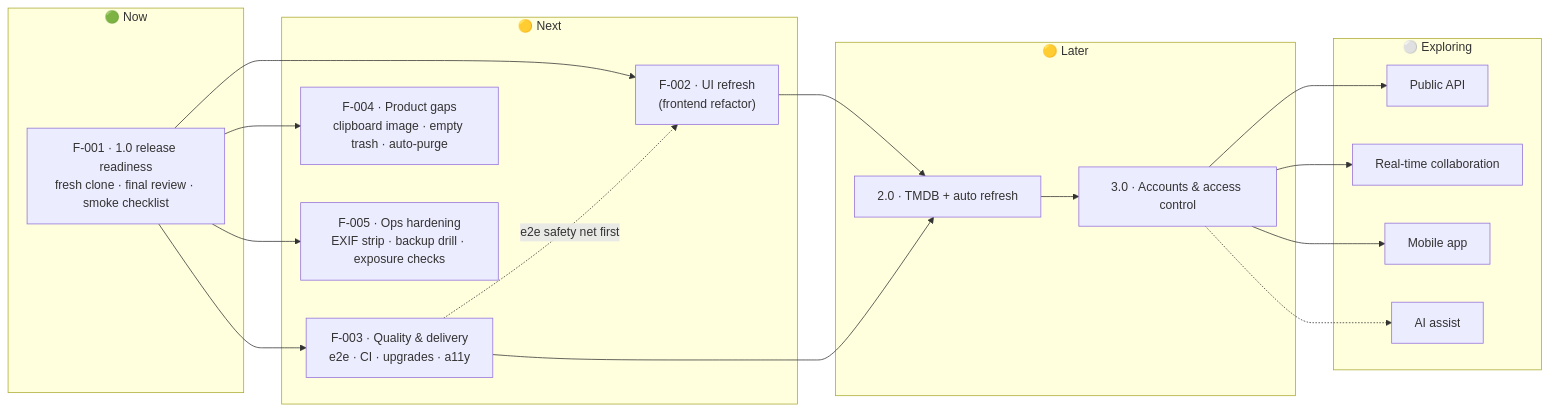
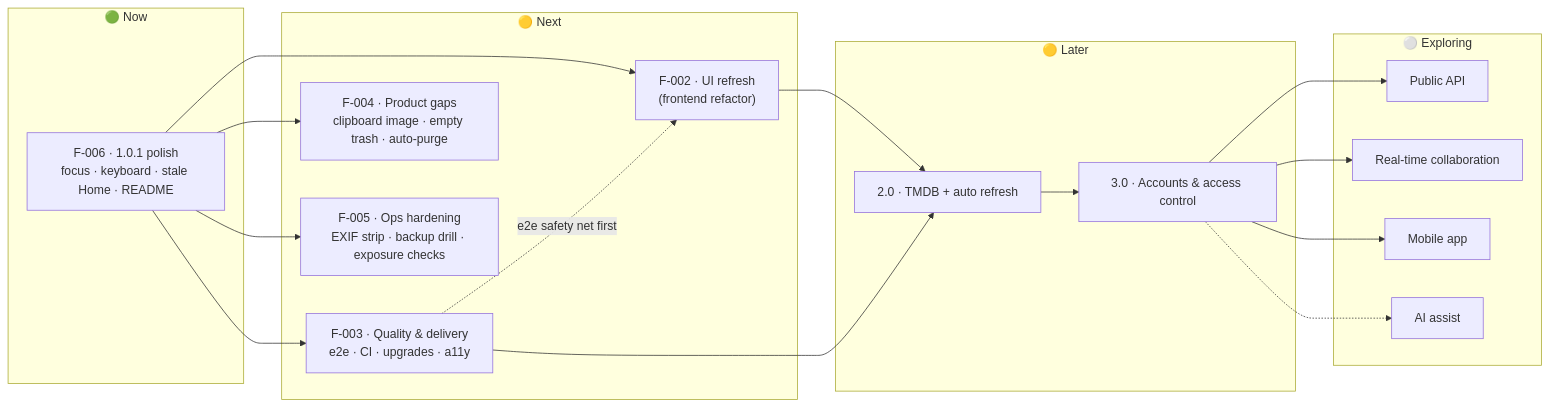
Before and after one commit to 0xfederama/collections-app: the second of 2 diagrams in ROADMAP.md, drawn with Mermaid. The commit also changed other lines of this file and 8 other files, not shown here.

Commit message:
docs: release v1.0.0, start workflow v2 (F-000 bootstrap, F-006 1.0.1 polish draft)

````diff
--- a/ROADMAP.md
+++ b/ROADMAP.md
@@ -63,29 +65,29 @@
 ```mermaid
 flowchart LR
     subgraph NOW["🟢 Now"]
-        F001["F-001 · 1.0 release readiness<br/>fresh clone · final review · smoke checklist"]
+        F006["F-006 · 1.0.1 polish<br/>focus · keyboard · stale Home · README"]
     end
     subgraph NEXT["🟡 Next"]
         F002["F-002 · UI refresh<br/>(frontend refactor)"]
         F003["F-003 · Quality & delivery<br/>e2e · CI · upgrades · a11y"]
         F004["F-004 · Product gaps<br/>clipboard image · empty trash · auto-purge"]
         F005["F-005 · Ops hardening<br/>EXIF strip · backup drill · exposure checks"]
     end
     subgraph LATER["🟡 Later"]
         P2["2.0 · TMDB + auto refresh"]
         P3["3.0 · Accounts & access control"]
     end
     subgraph EXPLORE["⚪ Exploring"]
         X1["Public API"]
         X2["Real-time collaboration"]
         X3["Mobile app"]
         X4["AI assist"]
     end
-    F001 --> F002 & F003 & F004 & F005
+    F006 --> F002 & F003 & F004 & F005
     F003 -.->|e2e safety net first| F002
     F002 --> P2
     F003 --> P2
     P2 --> P3
     P3 --> X1 & X2 & X3
     P3 -.-> X4
 ```
````
